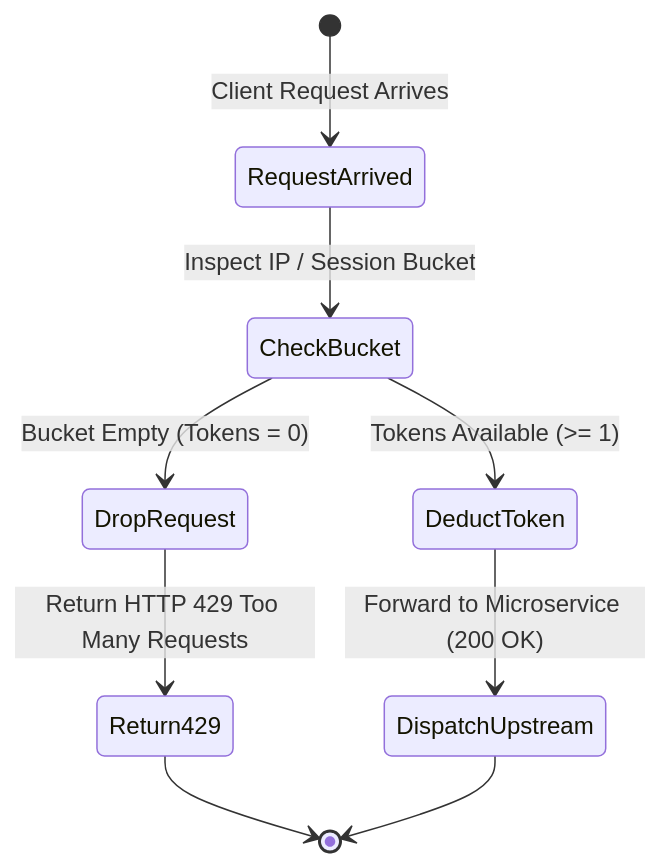
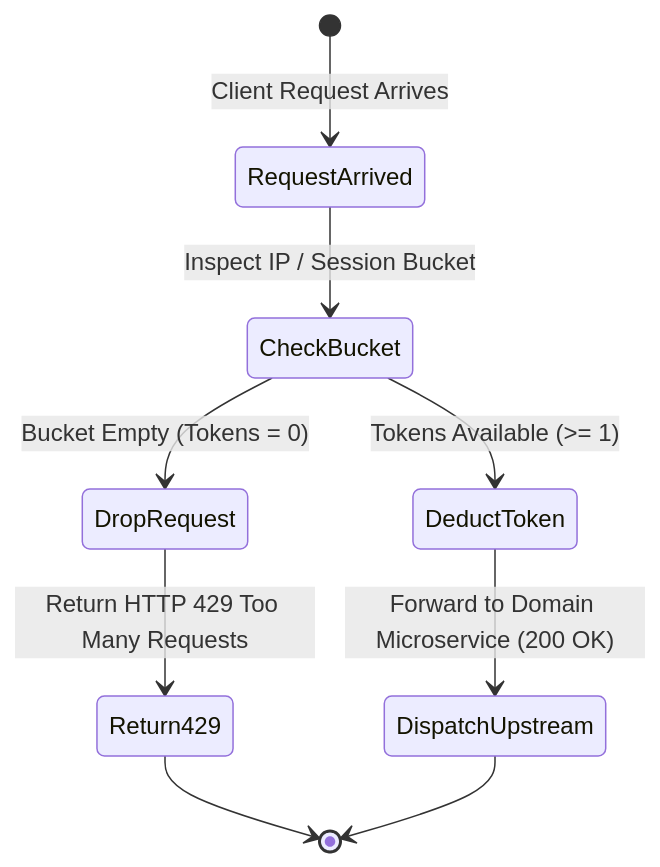
The fourth of 15 diagrams in docs/sprint-1/03-system-architecture.md (Veras-D/AprovaENEM), drawn with Mermaid before and after one commit. The commit also changed other lines of this file and 5 other files, not shown here.

Commit message:
feat(security): architect frontend-api BFF microservice, perimeter isolation, and strict CORS

````diff
--- a/docs/sprint-1/03-system-architecture.md
+++ b/docs/sprint-1/03-system-architecture.md
@@ -96,14 +434,14 @@
 ```mermaid
 stateDiagram-v2
     [*] --> RequestArrived : Client Request Arrives
     RequestArrived --> CheckBucket : Inspect IP / Session Bucket
     
     state CheckBucket <<choice>>
     CheckBucket --> DeductToken : Tokens Available (>= 1)
     CheckBucket --> DropRequest : Bucket Empty (Tokens = 0)
     
-    DeductToken --> DispatchUpstream : Forward to Microservice (200 OK)
+    DeductToken --> DispatchUpstream : Forward to Domain Microservice (200 OK)
     DropRequest --> Return429 : Return HTTP 429 Too Many Requests
     Return429 --> [*]
     DispatchUpstream --> [*]
 ```
````
